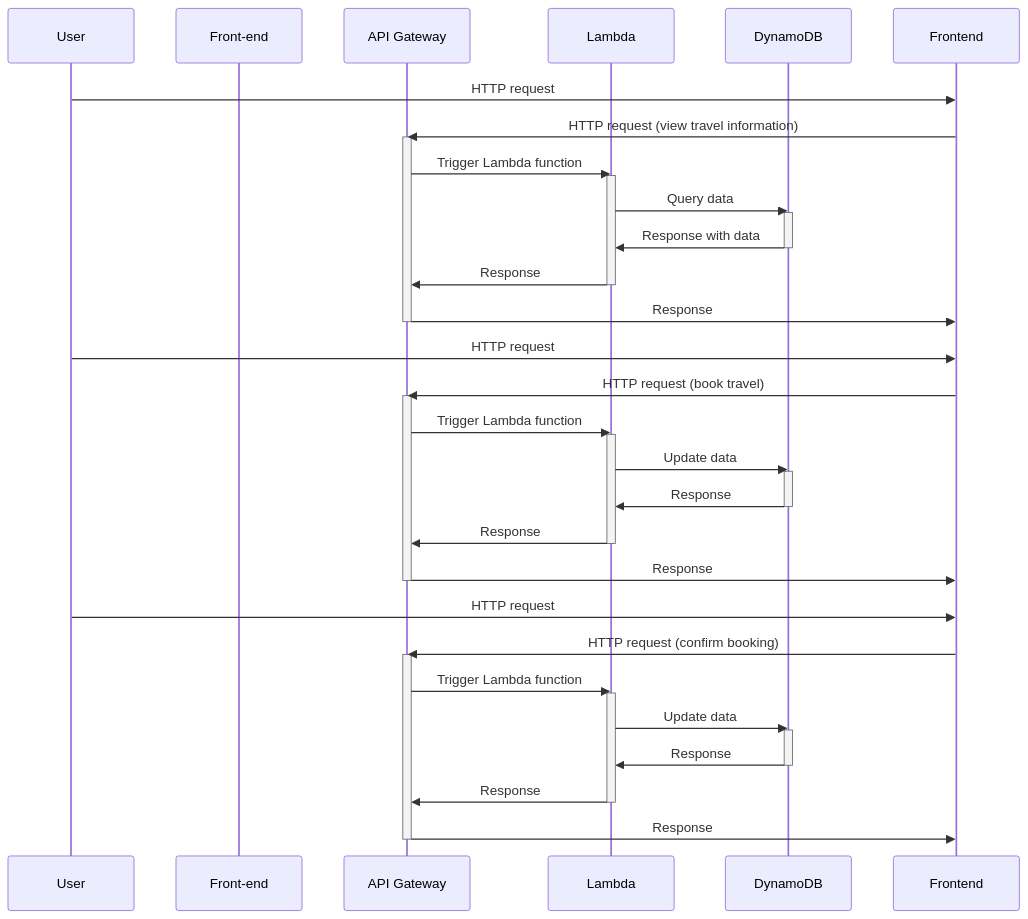
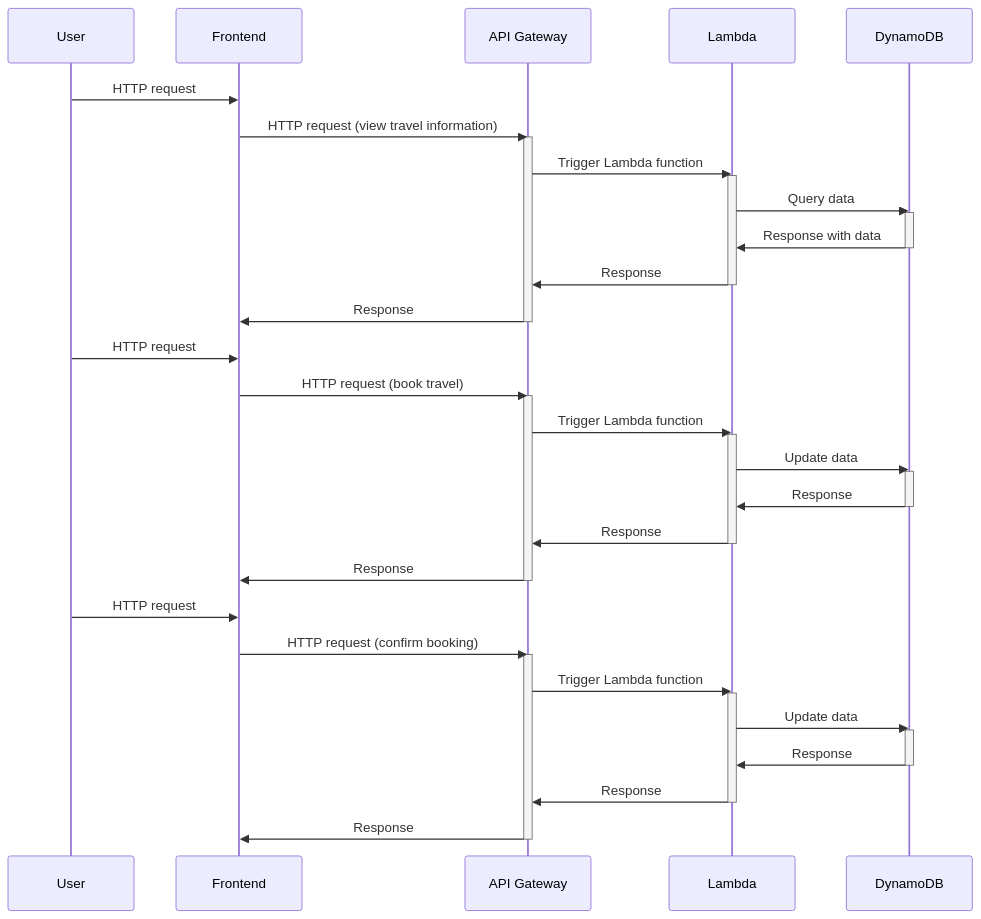
Before and after one commit to seven8301/iodraw-files: the diagram in all/未命名.md, drawn with Mermaid.

Commit message:
2024-10-12 13:19:03 update

````diff
--- a/all/未命名.md
+++ b/all/未命名.md
@@ -1,50 +1,50 @@
 ```mermaid
 sequenceDiagram
     participant User
-    participant Front-end
+    participant Frontend
     participant API Gateway
     participant Lambda
     participant DynamoDB
 
     User->>Frontend: HTTP request
     Frontend->>API Gateway: HTTP request (view travel information)
     activate API Gateway
     API Gateway->>Lambda: Trigger Lambda function
     activate Lambda
     Lambda->>DynamoDB: Query data
     activate DynamoDB
     DynamoDB->>Lambda: Response with data
     deactivate DynamoDB
     Lambda->>API Gateway: Response
     deactivate Lambda
     API Gateway->>Frontend: Response
     deactivate API Gateway
 
     User->>Frontend: HTTP request
     Frontend->>API Gateway: HTTP request (book travel)
     activate API Gateway
     API Gateway->>Lambda: Trigger Lambda function
     activate Lambda
     Lambda->>DynamoDB: Update data
     activate DynamoDB
     DynamoDB->>Lambda: Response
     deactivate DynamoDB
     Lambda->>API Gateway: Response
     deactivate Lambda
     API Gateway->>Frontend: Response
     deactivate API Gateway
 
     User->>Frontend: HTTP request
     Frontend->>API Gateway: HTTP request (confirm booking)
     activate API Gateway
     API Gateway->>Lambda: Trigger Lambda function
     activate Lambda
     Lambda->>DynamoDB: Update data
     activate DynamoDB
     DynamoDB->>Lambda: Response
     deactivate DynamoDB
     Lambda->>API Gateway: Response
     deactivate Lambda
     API Gateway->>Frontend: Response
     deactivate API Gateway
 ```
````
